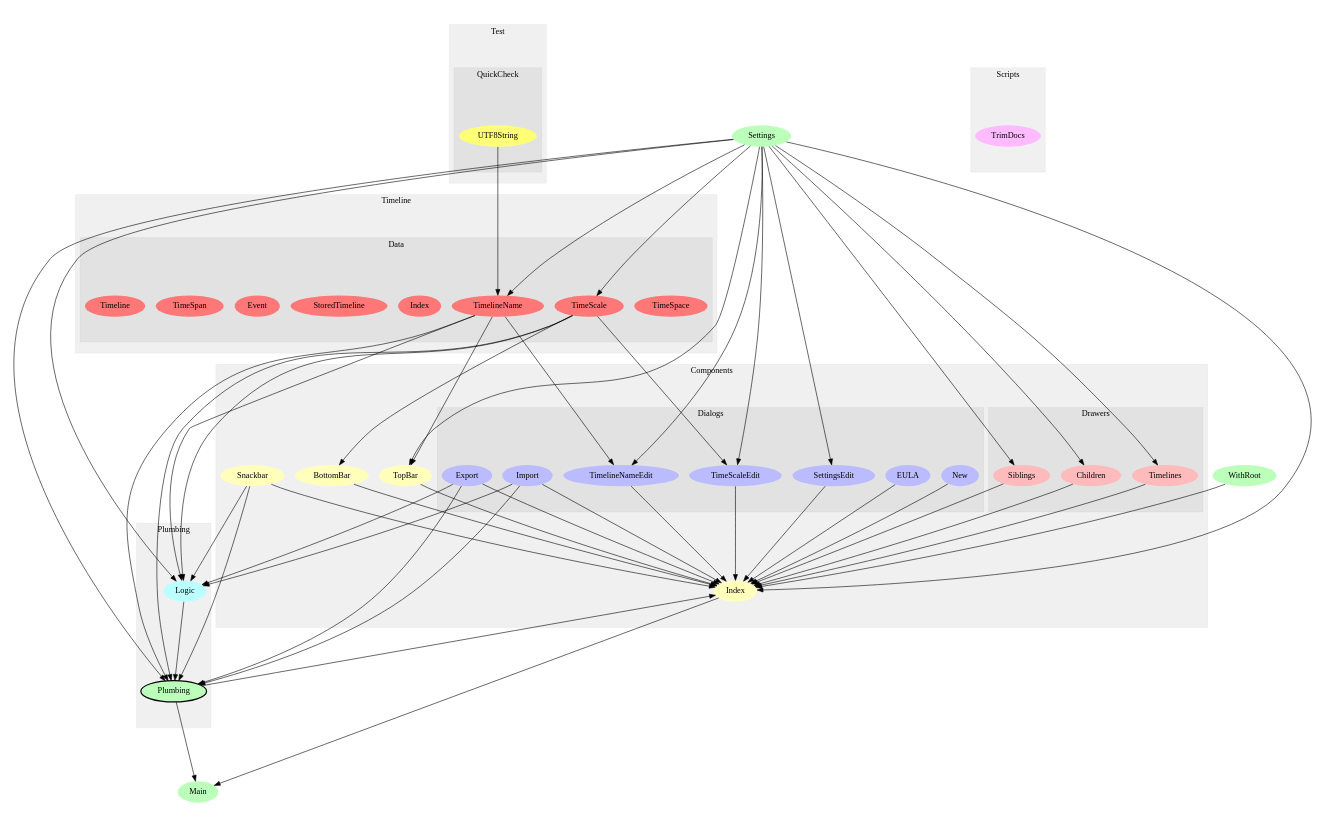
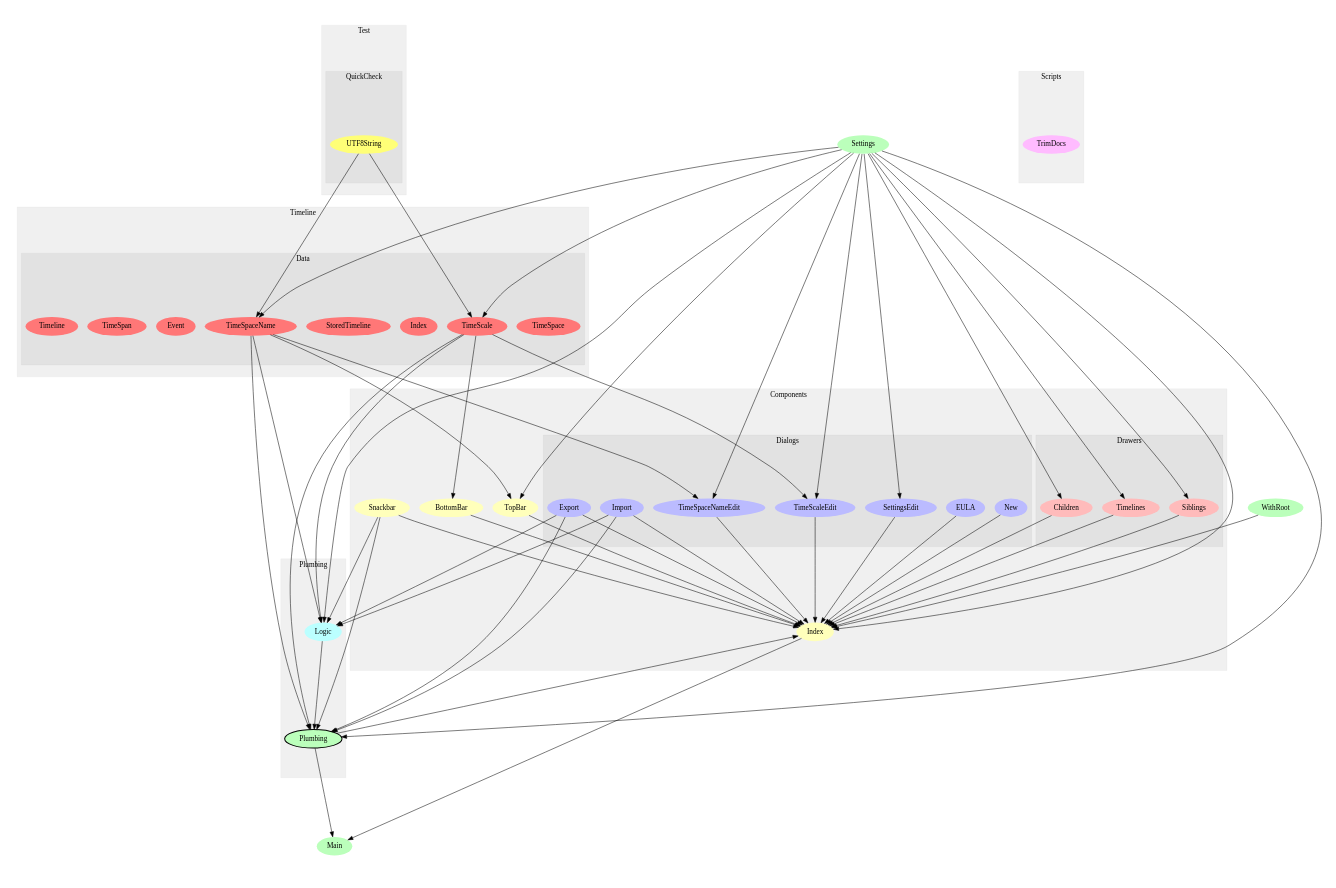
One commit to openchronology/openchronology.github.io changed the diagram in graphs/modules.dot. Above: the diagram before and after it, drawn with Graphviz. The commit also changed 13 other files, not shown here.

Commit message:
renamed timelinename to timeScaleName

```diff
--- a/graphs/modules.dot
+++ b/graphs/modules.dot
@@ -1,133 +1,134 @@
 digraph Modules {
 size="12,8";
 ratio="fill";
 u14[label="Settings",style="filled",fillcolor="#bbffbb",penwidth="0"];
 u17[label="Main",style="filled",fillcolor="#bbffbb",penwidth="0"];
 u27[label="WithRoot",style="filled",fillcolor="#bbffbb",penwidth="0"];
 subgraph cluster_0 {
 label="Components";
 color="#0000000F";
 style="filled";
 u0[label="BottomBar",style="filled",fillcolor="#ffffbb",penwidth="0"];
 u8[label="TopBar",style="filled",fillcolor="#ffffbb",penwidth="0"];
 u9[label="Index",style="filled",fillcolor="#ffffbb",penwidth="0"];
 u10[label="Snackbar",style="filled",fillcolor="#ffffbb",penwidth="0"];
 subgraph cluster_1 {
 label="Dialogs";
 color="#0000000F";
 style="filled";
 u1[label="EULA",style="filled",fillcolor="#bbbbff",penwidth="0"];
 u2[label="Import",style="filled",fillcolor="#bbbbff",penwidth="0"];
 u3[label="SettingsEdit",style="filled",fillcolor="#bbbbff",penwidth="0"];
-u4[label="TimelineNameEdit",style="filled",fillcolor="#bbbbff",penwidth="0"];
-u5[label="TimeScaleEdit",style="filled",fillcolor="#bbbbff",penwidth="0"];
+u4[label="TimeScaleEdit",style="filled",fillcolor="#bbbbff",penwidth="0"];
+u5[label="TimeSpaceNameEdit",style="filled",fillcolor="#bbbbff",penwidth="0"];
 u6[label="Export",style="filled",fillcolor="#bbbbff",penwidth="0"];
 u7[label="New",style="filled",fillcolor="#bbbbff",penwidth="0"];
 
 }
 subgraph cluster_2 {
 label="Drawers";
 color="#0000000F";
 style="filled";
 u11[label="Siblings",style="filled",fillcolor="#ffbbbb",penwidth="0"];
 u12[label="Children",style="filled",fillcolor="#ffbbbb",penwidth="0"];
 u13[label="Timelines",style="filled",fillcolor="#ffbbbb",penwidth="0"];
 
 }
 
 }
 subgraph cluster_3 {
 label="Plumbing";
 color="#0000000F";
 style="filled";
 u15[label="Plumbing",style="filled,bold",fillcolor="#bbffbb"];
 u26[label="Logic",style="filled",fillcolor="#bbffff",penwidth="0"];
 
 }
 subgraph cluster_4 {
 label="Scripts";
 color="#0000000F";
 style="filled";
 u28[label="TrimDocs",style="filled",fillcolor="#ffbbff",penwidth="0"];
 
 }
 subgraph cluster_5 {
 label="Test";
 color="#0000000F";
 style="filled";
 subgraph cluster_6 {
 label="QuickCheck";
 color="#0000000F";
 style="filled";
 u16[label="UTF8String",style="filled",fillcolor="#ffff77",penwidth="0"];
 
 }
 
 }
 subgraph cluster_7 {
 label="Timeline";
 color="#0000000F";
 style="filled";
 subgraph cluster_8 {
 label="Data";
 color="#0000000F";
 style="filled";
 u18[label="TimeSpace",style="filled",fillcolor="#ff7777",penwidth="0"];
 u19[label="TimeScale",style="filled",fillcolor="#ff7777",penwidth="0"];
-u20[label="TimelineName",style="filled",fillcolor="#ff7777",penwidth="0"];
-u21[label="Index",style="filled",fillcolor="#ff7777",penwidth="0"];
-u22[label="StoredTimeline",style="filled",fillcolor="#ff7777",penwidth="0"];
+u20[label="Index",style="filled",fillcolor="#ff7777",penwidth="0"];
+u21[label="StoredTimeline",style="filled",fillcolor="#ff7777",penwidth="0"];
+u22[label="TimeSpaceName",style="filled",fillcolor="#ff7777",penwidth="0"];
 u23[label="Event",style="filled",fillcolor="#ff7777",penwidth="0"];
 u24[label="TimeSpan",style="filled",fillcolor="#ff7777",penwidth="0"];
 u25[label="Timeline",style="filled",fillcolor="#ff7777",penwidth="0"];
 
 }
 
 }
 u19 -> u0;
 u14 -> u3;
 u14 -> u4;
-u20 -> u4;
+u19 -> u4;
 u14 -> u5;
-u19 -> u5;
+u22 -> u5;
 u14 -> u8;
-u20 -> u8;
+u22 -> u8;
 u0 -> u9;
 u1 -> u9;
 u2 -> u9;
 u3 -> u9;
 u4 -> u9;
 u5 -> u9;
 u6 -> u9;
 u7 -> u9;
 u8 -> u9;
 u10 -> u9;
 u11 -> u9;
 u12 -> u9;
 u13 -> u9;
 u14 -> u9;
 u15 -> u9;
 u27 -> u9;
 u14 -> u11;
 u14 -> u12;
 u14 -> u13;
 u2 -> u15;
 u6 -> u15;
 u10 -> u15;
 u14 -> u15;
 u19 -> u15;
-u20 -> u15;
+u22 -> u15;
 u26 -> u15;
 u9 -> u17;
 u15 -> u17;
 u14 -> u19;
-u14 -> u20;
-u16 -> u20;
+u16 -> u19;
+u14 -> u22;
+u16 -> u22;
 u2 -> u26;
 u6 -> u26;
 u10 -> u26;
 u14 -> u26;
 u19 -> u26;
-u20 -> u26;
+u22 -> u26;
 
 }
```
